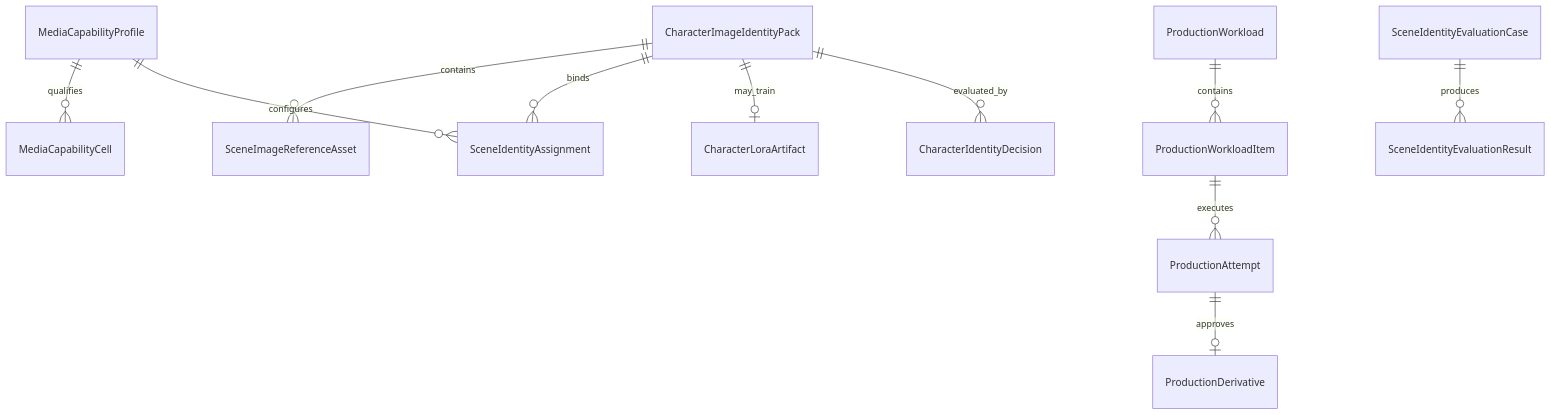
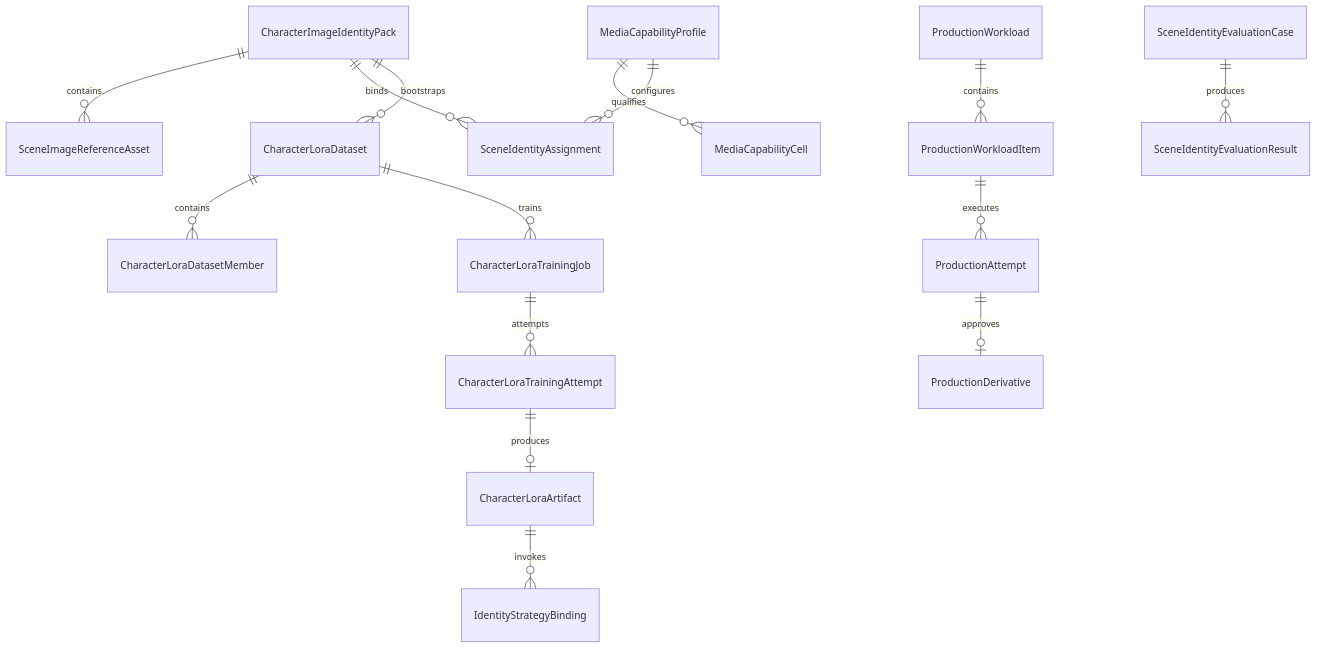
The diagram in specs/Planning/B-032-scene-image-generator/phase-2-character-identity/data-model.md (DaturaInoxia/DreamGenClone), drawn with Mermaid before and after one commit. The commit also changed other lines of this file and 100 other files, not shown here.

````diff
--- a/specs/Planning/B-032-scene-image-generator/phase-2-character-identity/data-model.md
+++ b/specs/Planning/B-032-scene-image-generator/phase-2-character-identity/data-model.md
@@ -101,13 +129,17 @@
 ```mermaid
 erDiagram
     CharacterImageIdentityPack ||--o{ SceneImageReferenceAsset : contains
     CharacterImageIdentityPack ||--o{ SceneIdentityAssignment : binds
     MediaCapabilityProfile ||--o{ MediaCapabilityCell : qualifies
     MediaCapabilityProfile ||--o{ SceneIdentityAssignment : configures
     ProductionWorkload ||--o{ ProductionWorkloadItem : contains
     ProductionWorkloadItem ||--o{ ProductionAttempt : executes
     ProductionAttempt ||--o| ProductionDerivative : approves
     SceneIdentityEvaluationCase ||--o{ SceneIdentityEvaluationResult : produces
-    CharacterImageIdentityPack ||--o| CharacterLoraArtifact : may_train
-    CharacterImageIdentityPack ||--o{ CharacterIdentityDecision : evaluated_by
+    CharacterImageIdentityPack ||--o{ CharacterLoraDataset : bootstraps
+    CharacterLoraDataset ||--o{ CharacterLoraDatasetMember : contains
+    CharacterLoraDataset ||--o{ CharacterLoraTrainingJob : trains
+    CharacterLoraTrainingJob ||--o{ CharacterLoraTrainingAttempt : attempts
+    CharacterLoraTrainingAttempt ||--o| CharacterLoraArtifact : produces
+    CharacterLoraArtifact ||--o{ IdentityStrategyBinding : invokes
 ```
````
